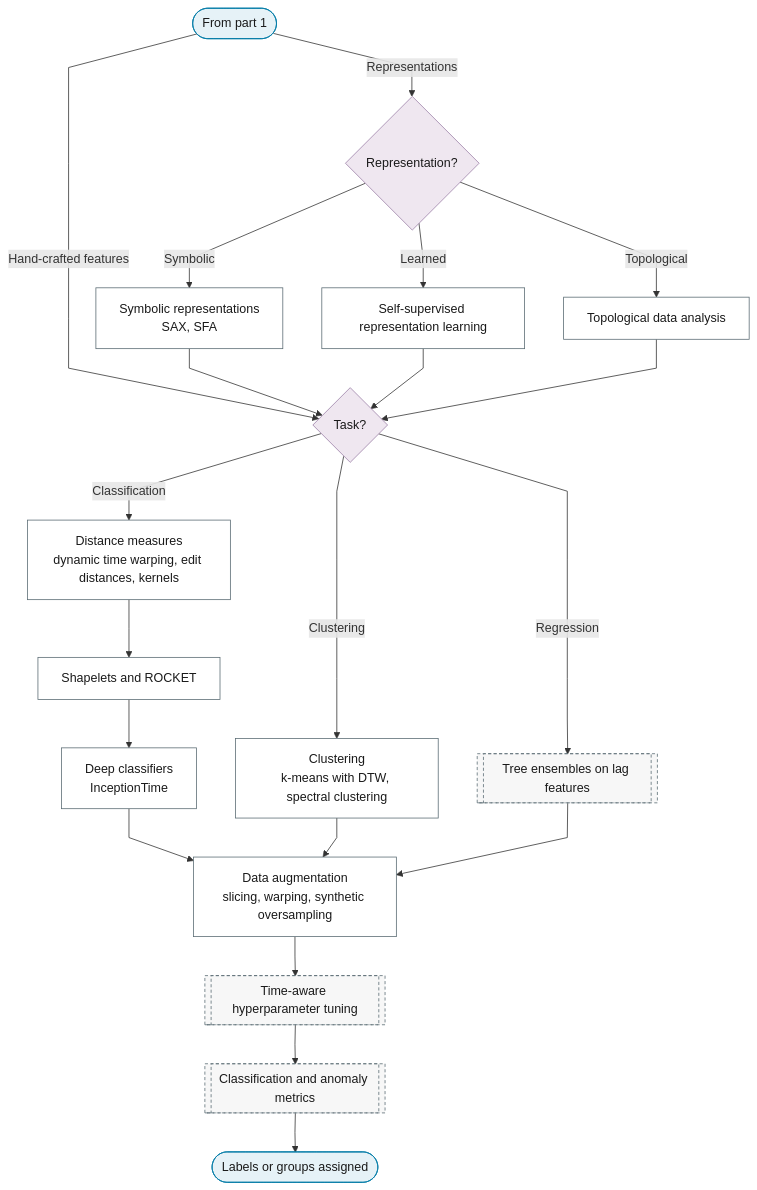
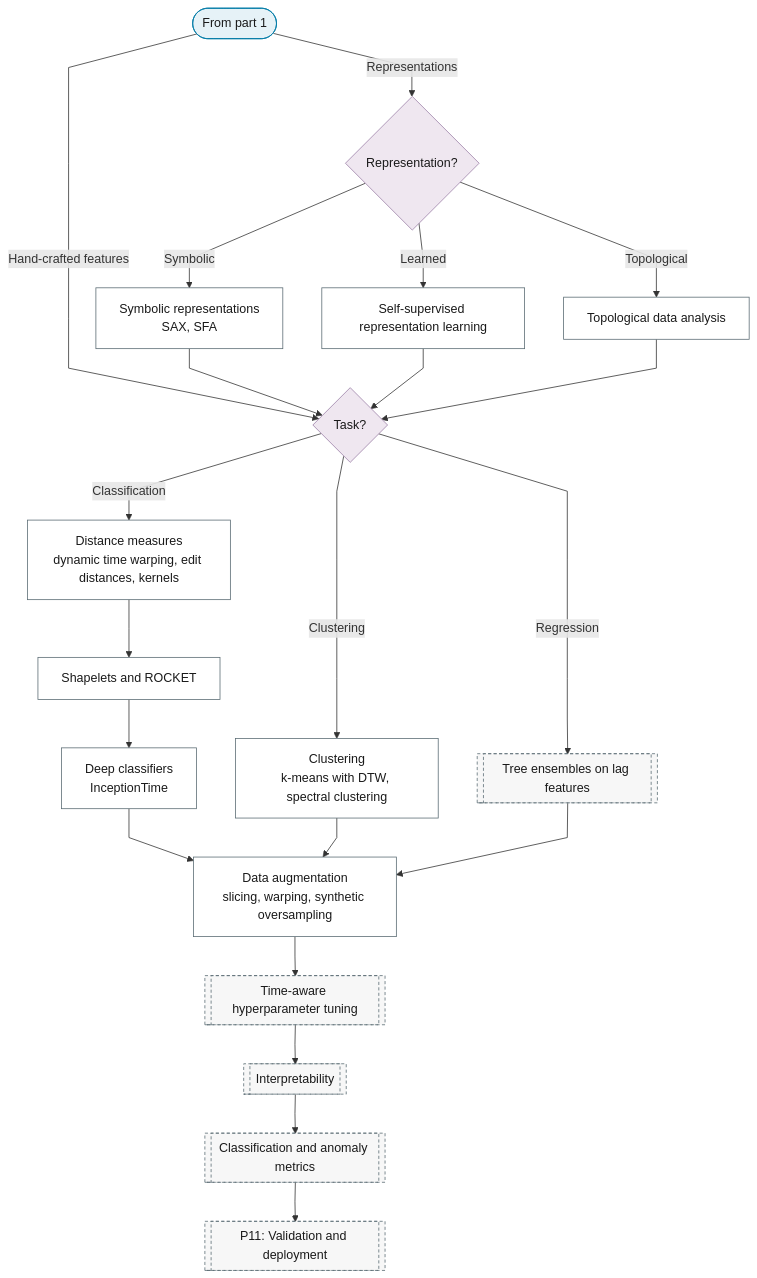
Before and after one commit to Shuxin-Y/time-series-analysis-manual: the second of 2 diagrams in docs/01-workflow/p02-purpose/07-feature-extraction-classification.md, drawn with Mermaid. The commit also changed 9 other files, not shown here.

First line of the commit message:
fix(flowchart): purpose charts route through the spine and end at P11

````diff
--- a/docs/01-workflow/p02-purpose/07-feature-extraction-classification.md
+++ b/docs/01-workflow/p02-purpose/07-feature-extraction-classification.md
@@ -36,31 +36,32 @@
 ```mermaid
 %%{init: {"flowchart": {"curve": "linear"}}}%%
 graph TD
     P2_FE_FROM_PART_1(["From part 1"]) -->|"Representations"| P2_FE_REPRESENTATION{"Representation?"}
     P2_FE_FROM_PART_1 -->|"Hand-crafted features"| P2_FE_LEARNER
     P2_FE_REPRESENTATION -->|"Symbolic"| P2_FE_SYMBOLIC["Symbolic representations<br/>SAX, SFA"]
     P2_FE_REPRESENTATION -->|"Learned"| P2_FE_REPRESENTATION_LEARNING["Self-supervised representation learning"]
     P2_FE_REPRESENTATION -->|"Topological"| P2_FE_TDA["Topological data analysis"]
     P2_FE_SYMBOLIC & P2_FE_REPRESENTATION_LEARNING & P2_FE_TDA --> P2_FE_LEARNER{"Task?"}
     P2_FE_LEARNER -->|"Classification"| P2_FE_DISTANCES["Distance measures<br/>dynamic time warping, edit distances, kernels"]
     P2_FE_LEARNER -->|"Clustering"| P2_FE_CLUSTERING["Clustering<br/>k-means with DTW, spectral clustering"]
     P2_FE_LEARNER -->|"Regression"| P6_TREE_ENSEMBLES[["Tree ensembles on lag features"]]
     P2_FE_DISTANCES --> P2_FE_SHAPELETS["Shapelets and ROCKET"]
     P2_FE_SHAPELETS --> P2_FE_DEEP_CLASSIFIERS["Deep classifiers<br/>InceptionTime"]
     P2_FE_DEEP_CLASSIFIERS & P2_FE_CLUSTERING & P6_TREE_ENSEMBLES --> P2_FE_AUGMENTATION["Data augmentation<br/>slicing, warping, synthetic oversampling"]
     P2_FE_AUGMENTATION --> P8_HYPERPARAMETERS[["Time-aware hyperparameter tuning"]]
-    P8_HYPERPARAMETERS --> P11_CLASSIFICATION_METRICS[["Classification and anomaly metrics"]]
-    P11_CLASSIFICATION_METRICS --> P2_FE_OUT(["Labels or groups assigned"])
-    class P2_FE_FROM_PART_1,P2_FE_OUT terminator
+    P8_HYPERPARAMETERS --> P10_INTERPRETABILITY[["Interpretability"]]
+    P10_INTERPRETABILITY --> P11_CLASSIFICATION_METRICS[["Classification and anomaly metrics"]]
+    P11_CLASSIFICATION_METRICS --> P11[["P11: Validation and deployment"]]
+    class P2_FE_FROM_PART_1 terminator
     class P2_FE_REPRESENTATION,P2_FE_LEARNER decision
     class P2_FE_SYMBOLIC,P2_FE_REPRESENTATION_LEARNING,P2_FE_TDA,P2_FE_DISTANCES,P2_FE_CLUSTERING,P2_FE_SHAPELETS,P2_FE_DEEP_CLASSIFIERS,P2_FE_AUGMENTATION process
-    class P6_TREE_ENSEMBLES,P8_HYPERPARAMETERS,P11_CLASSIFICATION_METRICS ref
+    class P6_TREE_ENSEMBLES,P8_HYPERPARAMETERS,P10_INTERPRETABILITY,P11_CLASSIFICATION_METRICS,P11 ref
     classDef terminator fill:#E6F2F7,stroke:#007BA7,color:#1A1A1A;
     classDef process fill:#FFFFFF,stroke:#5A6B73,color:#1A1A1A;
     classDef decision fill:#EFE7F0,stroke:#9B7FA7,color:#1A1A1A;
     classDef data fill:#FFF4E0,stroke:#C9A55E,color:#1A1A1A;
     classDef good fill:#DCEFD8,stroke:#4A7A3F,color:#1A1A1A;
     classDef escalate fill:#FFE9C2,stroke:#C9A55E,color:#1A1A1A;
     classDef problem fill:#F2D9DE,stroke:#800020,color:#1A1A1A;
     classDef ref fill:#F7F7F7,stroke:#5A6B73,color:#1A1A1A,stroke-dasharray:4 3;
 ```
````
